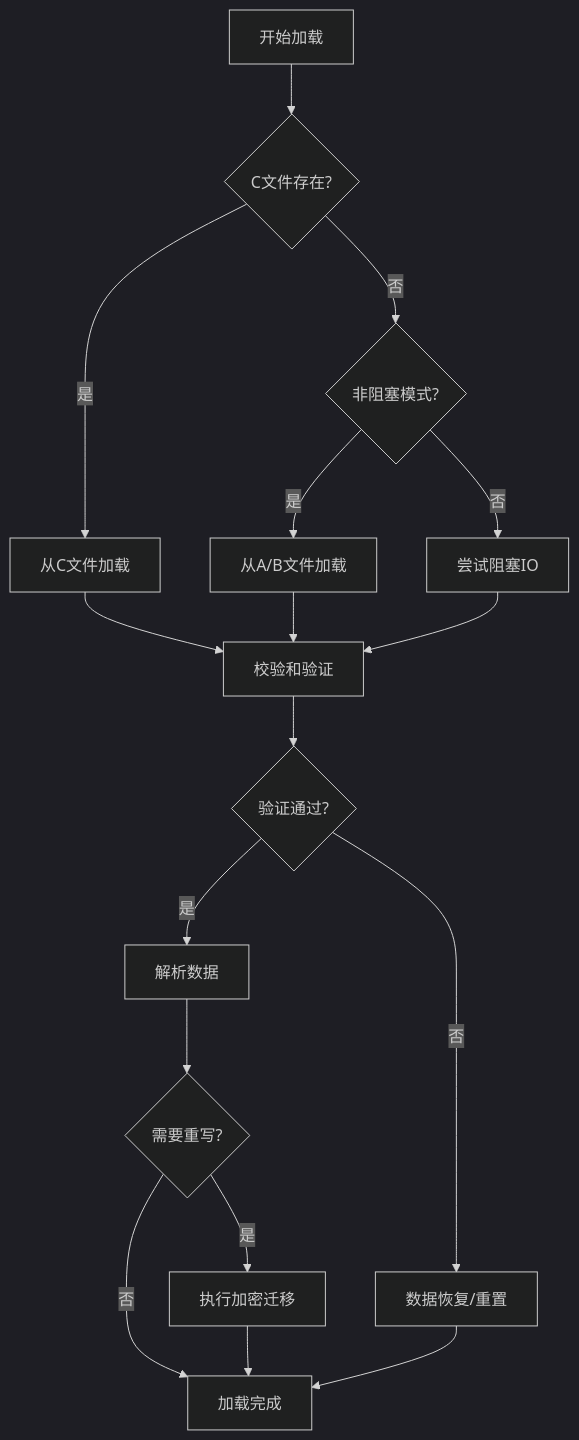
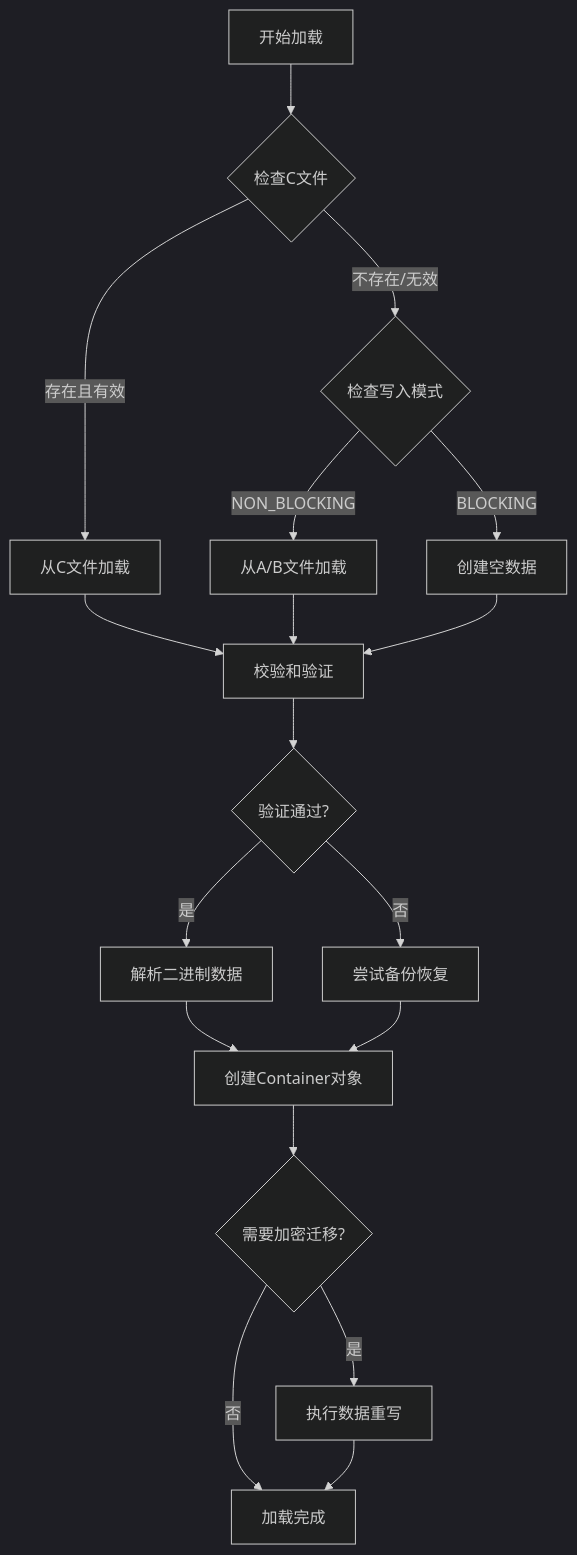
One commit to BillyWei01/FastKV changed the first of 4 diagrams in ARCHITECTURE.md. Above: the diagram before and after it, drawn with Mermaid (dark theme). The commit also changed other lines of this file and 3 other files, not shown here.

````diff
--- a/ARCHITECTURE.md
+++ b/ARCHITECTURE.md
@@ -84,19 +115,20 @@
 ```mermaid
 graph TD
-    A[开始加载] --> B{C文件存在?}
-    B -->|是| C[从C文件加载]
-    B -->|否| D{非阻塞模式?}
-    D -->|是| E[从A/B文件加载]
-    D -->|否| F[尝试阻塞IO]
-    C --> G[校验和验证]
+    A["开始加载"] --> B{"检查C文件"}
+    B -->|"存在且有效"| C["从C文件加载"]
+    B -->|"不存在/无效"| D{"检查写入模式"}
+    D -->|"NON_BLOCKING"| E["从A/B文件加载"]
+    D -->|"BLOCKING"| F["创建空数据"]
+    C --> G["校验和验证"]
     E --> G
     F --> G
-    G --> H{验证通过?}
-    H -->|是| I[解析数据]
-    H -->|否| J[数据恢复/重置]
-    I --> K{需要重写?}
-    K -->|是| L[执行加密迁移]
-    K -->|否| M[加载完成]
-    L --> M
-    J --> M
+    G --> H{"验证通过?"}
+    H -->|"是"| I["解析二进制数据"]
+    H -->|"否"| J["尝试备份恢复"]
+    I --> K["创建Container对象"]
+    J --> K
+    K --> L{"需要加密迁移?"}
+    L -->|"是"| M["执行数据重写"]
+    L -->|"否"| N["加载完成"]
+    M --> N
 ```
````
